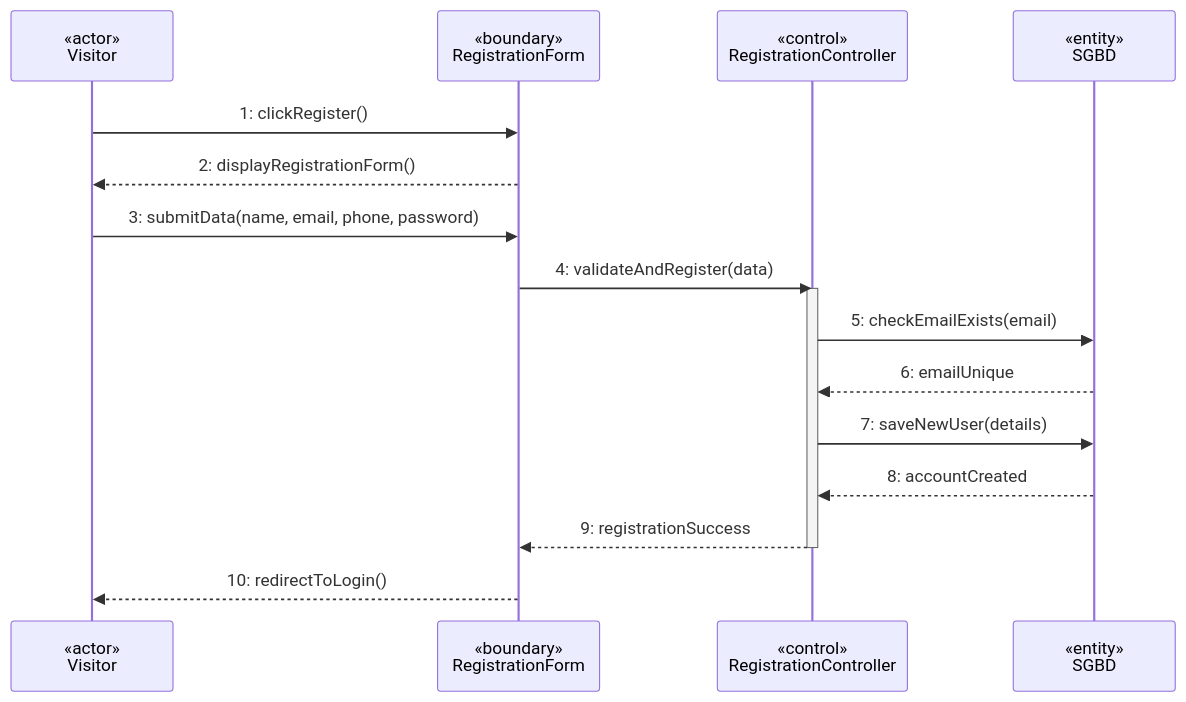
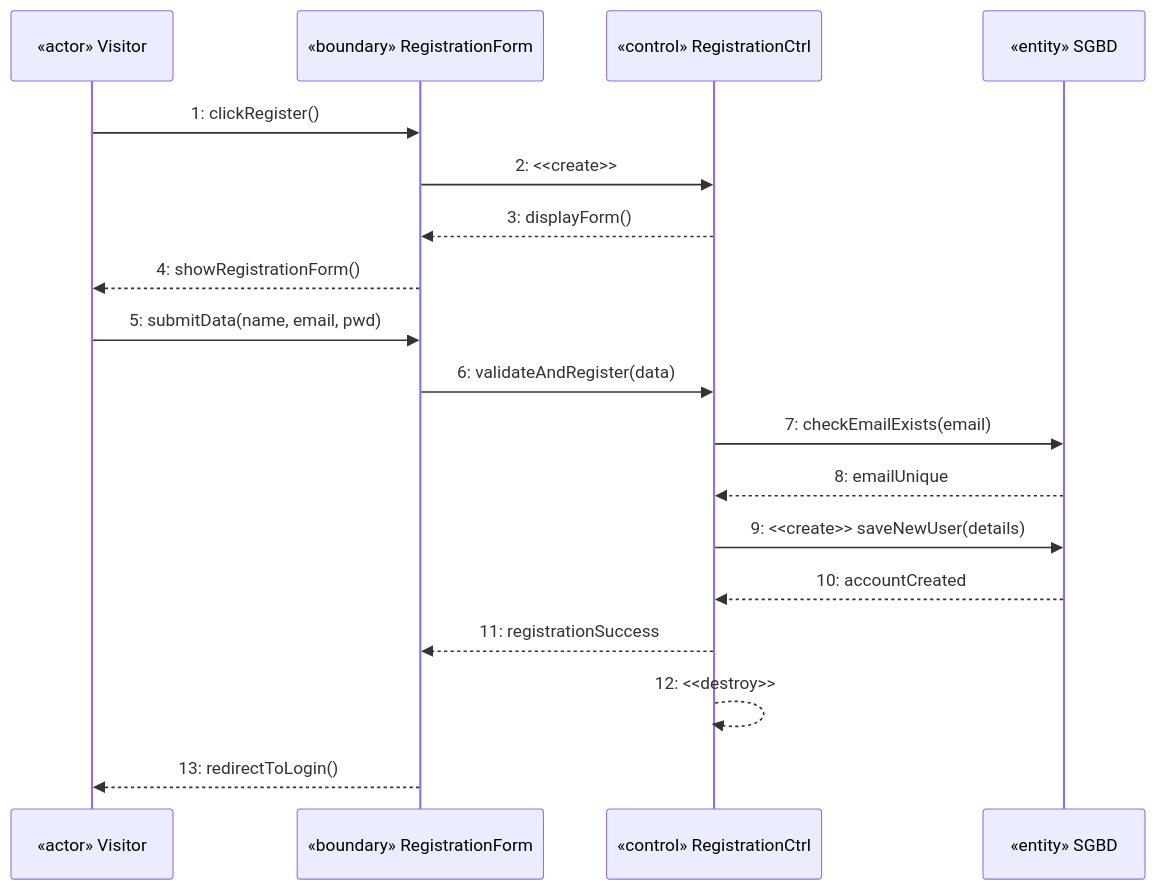
Before and after one commit to Manu-Ioan-Daniel/UBB: the first of 6 diagrams in Facultate/Anul 2/Sem 2/ISS/Iteratia 1/Diagrame.md, drawn with Mermaid. The commit also changed other lines of this file and 20 other files, not shown here.

````diff
--- a/Facultate/Anul 2/Sem 2/ISS/Iteratia 1/Diagrame.md
+++ b/Facultate/Anul 2/Sem 2/ISS/Iteratia 1/Diagrame.md
@@ -4,20 +6,21 @@
 ```mermaid
 sequenceDiagram
-    participant U as «actor»<br/>Visitor
-    participant B as «boundary»<br/>RegistrationForm
-    participant C as «control»<br/>RegistrationController
-    participant S as «entity»<br/>SGBD
+    participant U as «actor» Visitor
+    participant B as «boundary» RegistrationForm
+    participant C as «control» RegistrationCtrl
+    participant S as «entity» SGBD
 
     U->>B: 1: clickRegister()
-    B-->>U: 2: displayRegistrationForm()
-    U->>B: 3: submitData(name, email, phone, password)
-    B->>C: 4: validateAndRegister(data)
-    activate C
-    C->>S: 5: checkEmailExists(email)
-    S-->>C: 6: emailUnique
-    C->>S: 7: saveNewUser(details)
-    S-->>C: 8: accountCreated
-    C-->>B: 9: registrationSuccess
-    deactivate C
-    B-->>U: 10: redirectToLogin()
+    B->>C: 2: <<create>>
+    C-->>B: 3: displayForm()
+    B-->>U: 4: showRegistrationForm()
+    U->>B: 5: submitData(name, email, pwd)
+    B->>C: 6: validateAndRegister(data)
+    C->>S: 7: checkEmailExists(email)
+    S-->>C: 8: emailUnique
+    C->>S: 9: <<create>> saveNewUser(details)
+    S-->>C: 10: accountCreated
+    C-->>B: 11: registrationSuccess
+    C-->>C: 12: <<destroy>>
+    B-->>U: 13: redirectToLogin()
 ```
````
